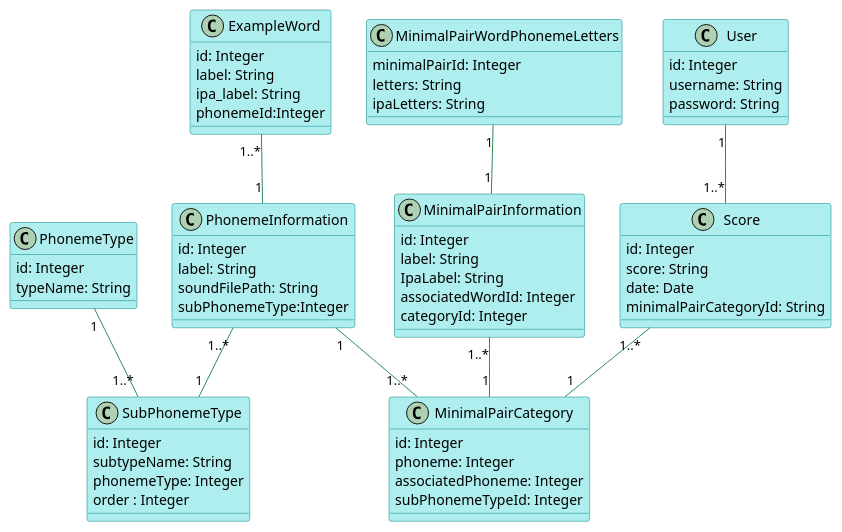
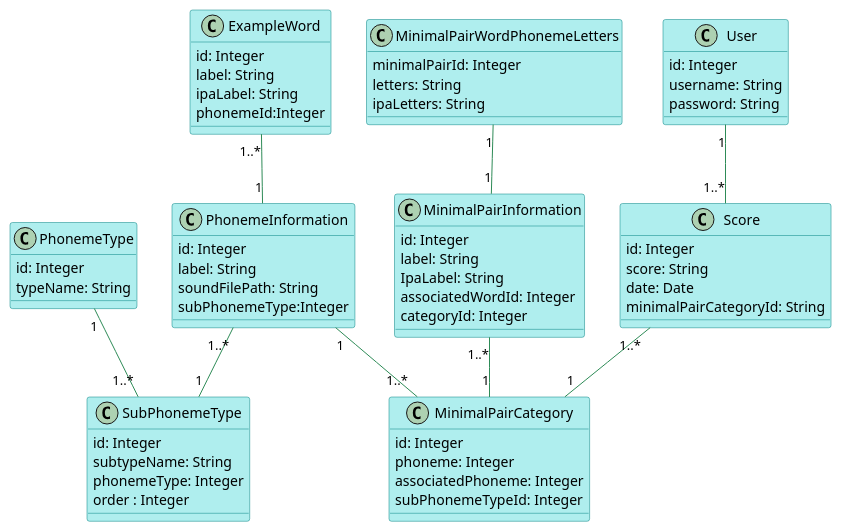
Before and after one commit to clemenceclaireR/P13_VocalTrainerApp: the diagram in diagrams/class_diagram.puml, drawn with PlantUML. The commit also changed 11 other files, not shown here.

```diff
--- a/diagrams/class_diagram.puml
+++ b/diagrams/class_diagram.puml
@@ -1,83 +1,83 @@
 @startuml
 
 skinparam class {
   BackgroundColor PaleTurquoise
   BorderColor Teal
   ArrowColor SeaGreen
 }
 
 class PhonemeType {
   id: Integer
   typeName: String
 }
 
 class SubPhonemeType {
   id: Integer
   subtypeName: String
   phonemeType: Integer
   order : Integer
 }
 PhonemeType "1" -- "1..*" SubPhonemeType
 
 class PhonemeInformation {
   id: Integer
   label: String
   soundFilePath: String
   subPhonemeType:Integer
 }
 PhonemeInformation "1..*" -- "1" SubPhonemeType
 
 class ExampleWord {
   id: Integer
   label: String
-  ipa_label: String
+  ipaLabel: String
   phonemeId:Integer
 }
 
 ExampleWord "1..*"  -- "1" PhonemeInformation
 
 class MinimalPairCategory {
   id: Integer
   phoneme: Integer
   associatedPhoneme: Integer
   subPhonemeTypeId: Integer
 }
 
 PhonemeInformation "1" -- "1..*" MinimalPairCategory
 
 class MinimalPairInformation {
   id: Integer
   label: String
   IpaLabel: String
   associatedWordId: Integer
   categoryId: Integer
 }
 
 MinimalPairInformation "1..*" -- "1" MinimalPairCategory
 
 class MinimalPairWordPhonemeLetters {
   minimalPairId: Integer
   letters: String
   ipaLetters: String
 }
 
 MinimalPairWordPhonemeLetters "1" -- "1" MinimalPairInformation
 
 class Score {
   id: Integer
   score: String
   date: Date
   minimalPairCategoryId: String
 }
 
 Score "1..*" -- "1" MinimalPairCategory
 
 class User {
   id: Integer
   username: String
   password: String
 }
 
 User "1" -- "1..*" Score
 
 @enduml
```
